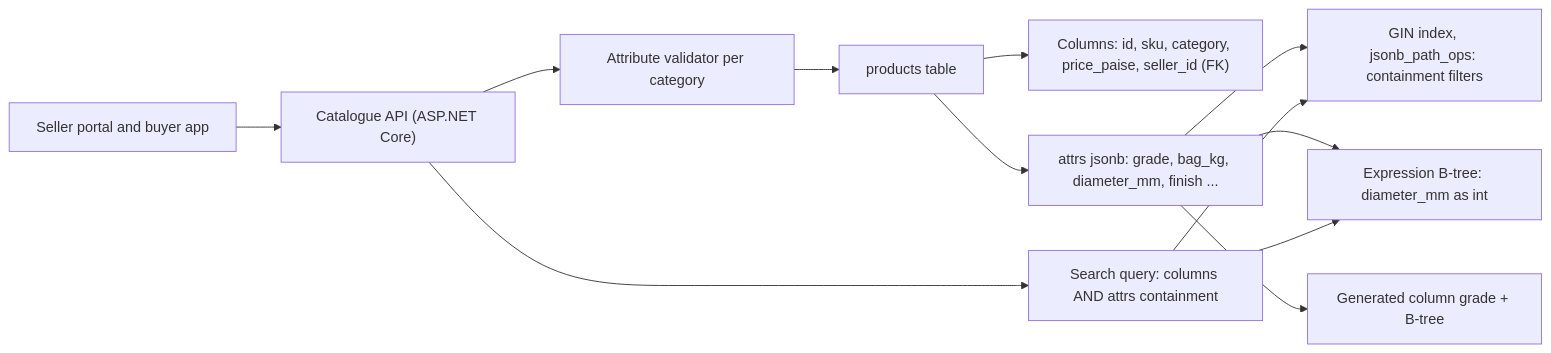
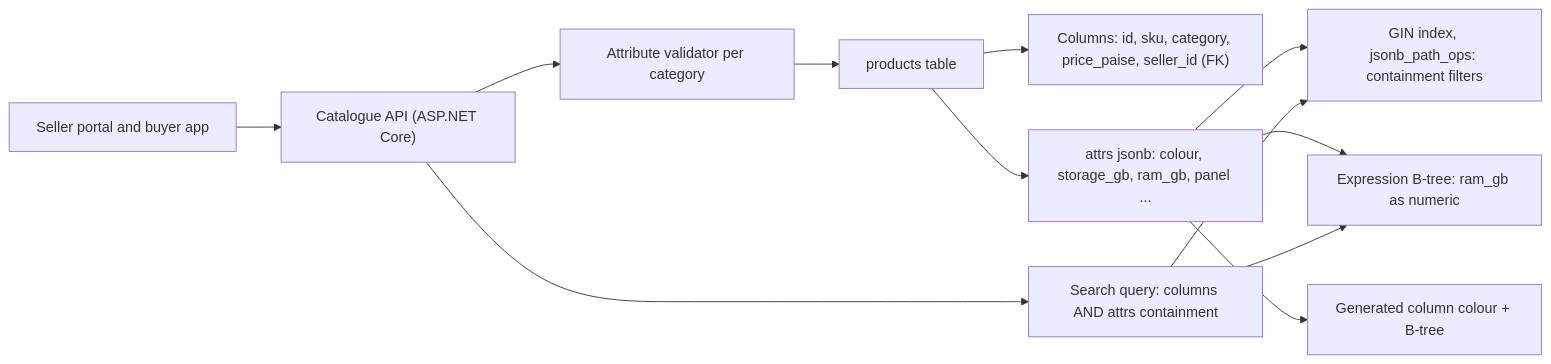
The first of 2 diagrams in content/lessons/m09/m09-jsonb.md (rizwi0786/system-design-lab), drawn with Mermaid before and after one commit. The commit also changed other lines of this file and 334 other files, not shown here.

````diff
--- a/content/lessons/m09/m09-jsonb.md
+++ b/content/lessons/m09/m09-jsonb.md
@@ -177,14 +177,14 @@
 ```mermaid
 flowchart LR
     C["Seller portal and buyer app"] --> API["Catalogue API (ASP.NET Core)"]
     API --> V["Attribute validator per category"]
     V --> T["products table"]
     T --> COL["Columns: id, sku, category, price_paise, seller_id (FK)"]
-    T --> DOC["attrs jsonb: grade, bag_kg, diameter_mm, finish ..."]
+    T --> DOC["attrs jsonb: colour, storage_gb, ram_gb, panel ..."]
     DOC --> GIN["GIN index, jsonb_path_ops: containment filters"]
-    DOC --> EXP["Expression B-tree: diameter_mm as int"]
-    DOC --> GEN["Generated column grade + B-tree"]
+    DOC --> EXP["Expression B-tree: ram_gb as numeric"]
+    DOC --> GEN["Generated column colour + B-tree"]
     API --> Q["Search query: columns AND attrs containment"]
     Q --> GIN
     Q --> EXP
 ```
````
